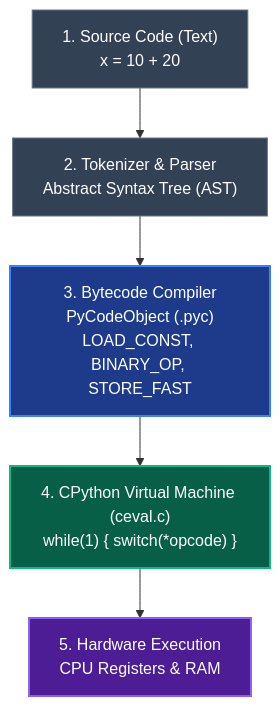
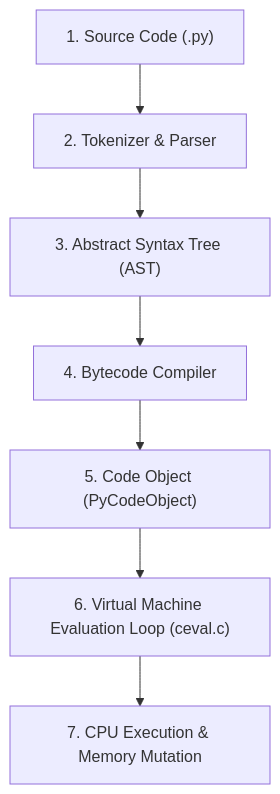
Before and after one commit to AchuAshwath/Cthru-Python: the diagram in src/content/docs/foundations/what-is-python.mdx, drawn with Mermaid. The commit also changed other lines of this file and 8 other files, not shown here.

````diff
--- a/src/content/docs/foundations/what-is-python.mdx
+++ b/src/content/docs/foundations/what-is-python.mdx
@@ -28,16 +17,9 @@
 ```mermaid
 flowchart TD
-    S1["1. Source Code (Text)<br/>x = 10 + 20"]
-    S2["2. Tokenizer & Parser<br/>Abstract Syntax Tree (AST)"]
-    S3["3. Bytecode Compiler<br/>PyCodeObject (.pyc)<br/>LOAD_CONST, BINARY_OP, STORE_FAST"]
-    S4["4. CPython Virtual Machine (ceval.c)<br/>while(1) { switch(*opcode) }"]
-    CPU["5. Hardware Execution<br/>CPU Registers & RAM"]
-
-    S1 --> S2 --> S3 --> S4 --> CPU
-
-    style S1 fill:#334155,stroke:#64748b,stroke-width:1px,color:#fff
-    style S2 fill:#334155,stroke:#64748b,stroke-width:1px,color:#fff
-    style S3 fill:#1e3a8a,stroke:#3b82f6,stroke-width:2px,color:#fff
-    style S4 fill:#065f46,stroke:#10b981,stroke-width:2px,color:#fff
-    style CPU fill:#4c1d95,stroke:#8b5cf6,stroke-width:2px,color:#fff
+    Source["1. Source Code (.py)"] --> Lexer["2. Tokenizer & Parser"]
+    Lexer --> AST["3. Abstract Syntax Tree (AST)"]
+    AST --> Compiler["4. Bytecode Compiler"]
+    Compiler --> CodeObj["5. Code Object (PyCodeObject)"]
+    CodeObj --> VM["6. Virtual Machine Evaluation Loop (ceval.c)"]
+    VM --> Hardware["7. CPU Execution & Memory Mutation"]
 ```
````
